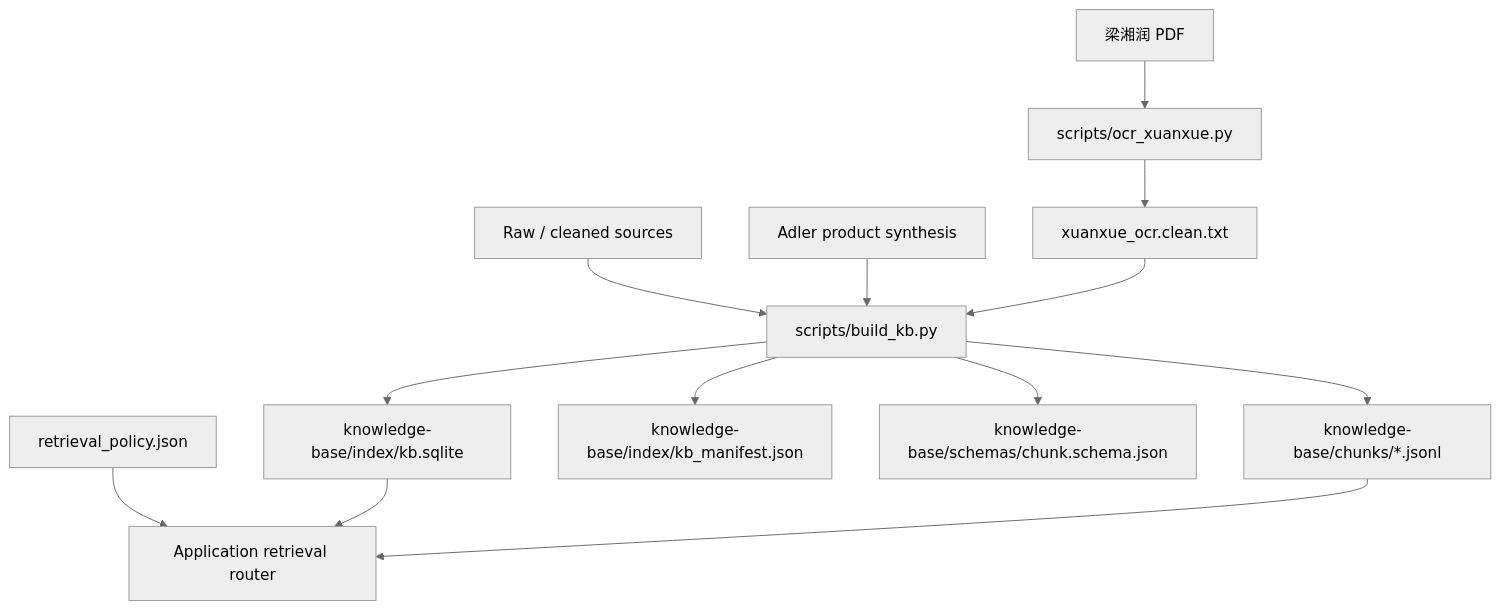
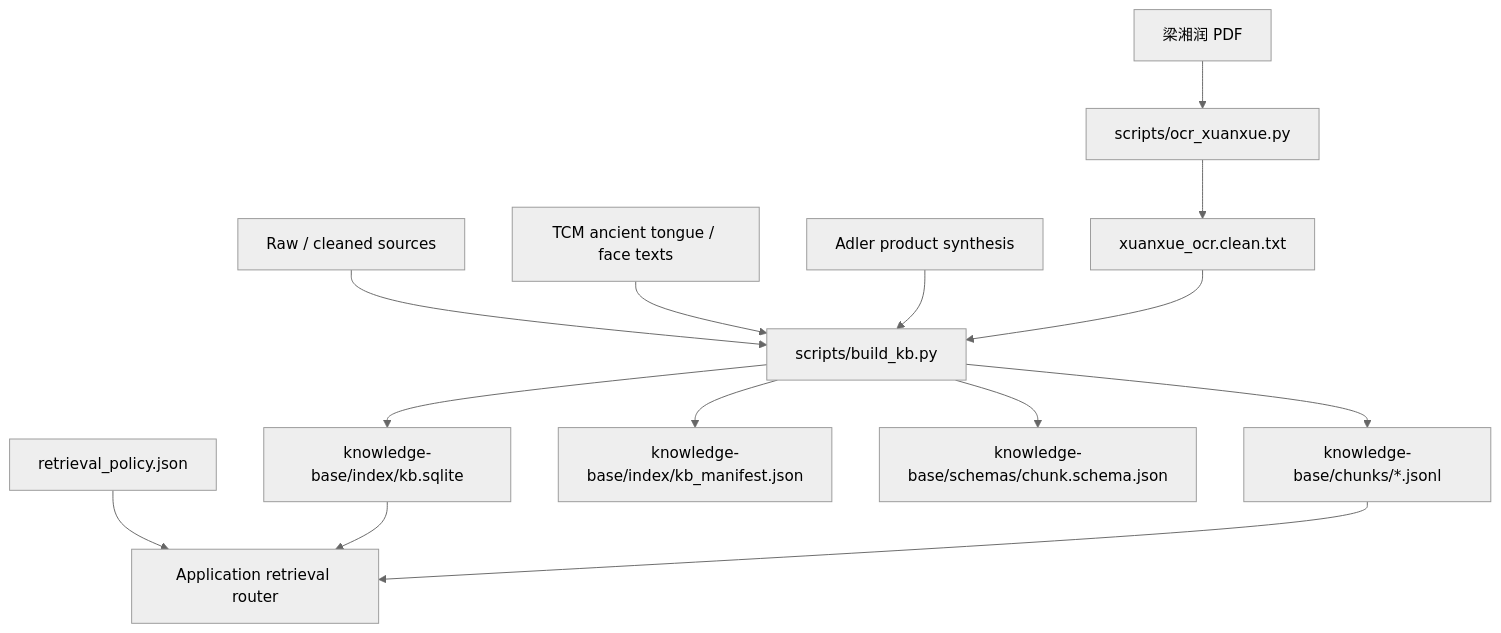
The second of 3 diagrams in docs/project-logic.md (looostme/0704hks), drawn with Mermaid (neutral theme) before and after one commit. The commit also changed other lines of this file and 15 other files, not shown here.

````diff
--- a/docs/project-logic.md
+++ b/docs/project-logic.md
@@ -49,15 +49,16 @@
 ```mermaid
 flowchart TD
   A["Raw / cleaned sources"] --> B["scripts/build_kb.py"]
+  T["TCM ancient tongue / face texts"] --> B
   H["Adler product synthesis"] --> B
   P["梁湘润 PDF"] --> O["scripts/ocr_xuanxue.py"]
   O --> X["xuanxue_ocr.clean.txt"]
   X --> B
   B --> C["knowledge-base/chunks/*.jsonl"]
   B --> D["knowledge-base/index/kb.sqlite"]
   B --> E["knowledge-base/index/kb_manifest.json"]
   B --> F["knowledge-base/schemas/chunk.schema.json"]
   R["retrieval_policy.json"] --> G["Application retrieval router"]
   D --> G
   C --> G
 ```
````
